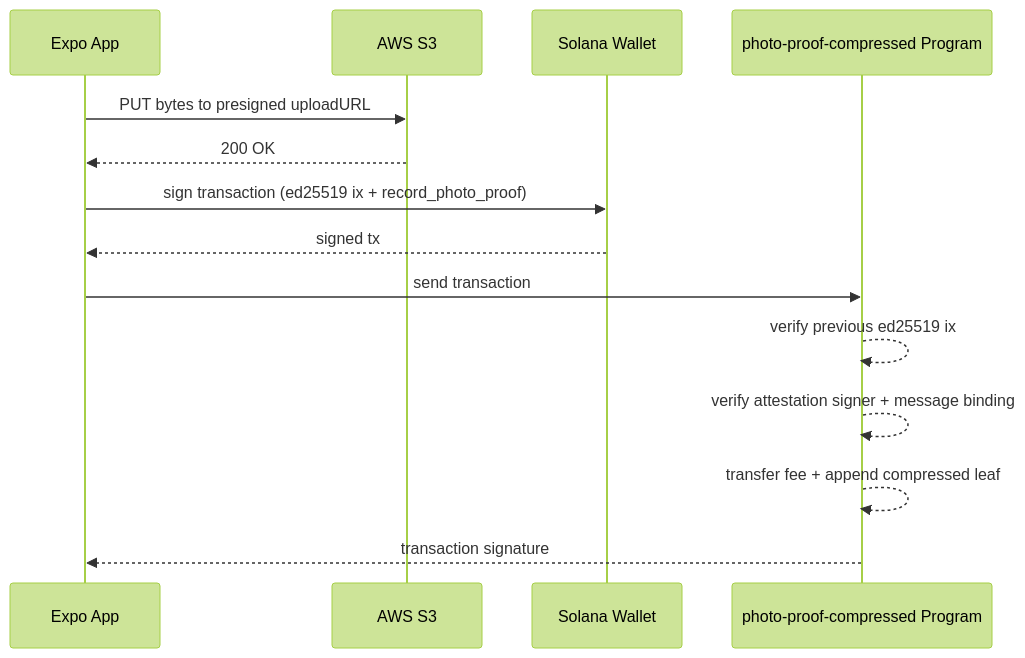
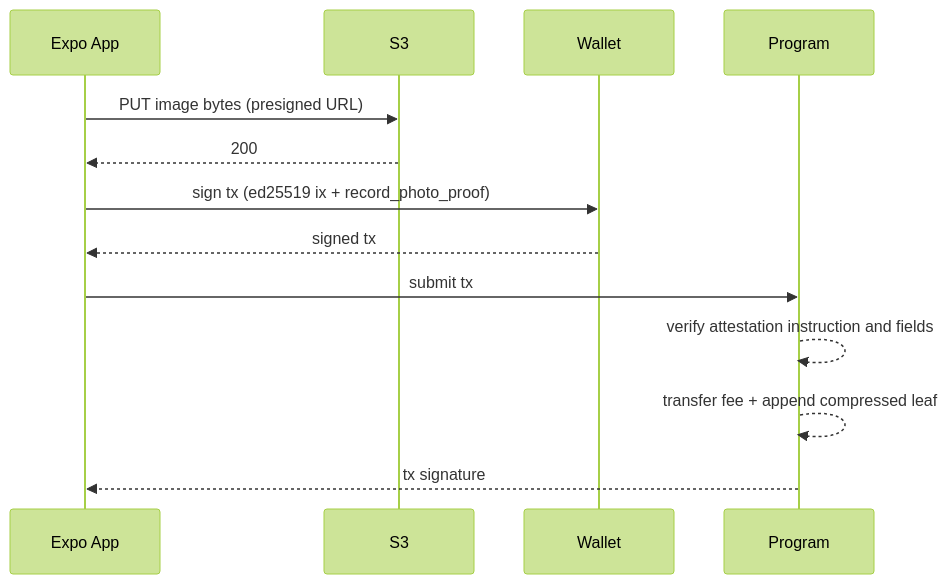
Before and after one commit to endcorp-hq/photo-verifier: the third of 3 diagrams in docs/ARCHITECTURE.md, drawn with Mermaid (forest theme). The commit also changed other lines of this file and 12 other files, not shown here.

````diff
--- a/docs/ARCHITECTURE.md
+++ b/docs/ARCHITECTURE.md
@@ -55,17 +117,16 @@
 ```mermaid
 sequenceDiagram
-    participant App as Expo App
-    participant S3 as AWS S3
-    participant Wallet as Solana Wallet
-    participant Chain as photo-proof-compressed Program
+  participant App as Expo App
+  participant S3 as S3
+  participant Wallet as Wallet
+  participant Chain as Program
 
-    App->>S3: PUT bytes to presigned uploadURL
-    S3-->>App: 200 OK
-    App->>Wallet: sign transaction (ed25519 ix + record_photo_proof)
-    Wallet-->>App: signed tx
-    App->>Chain: send transaction
-    Chain-->>Chain: verify previous ed25519 ix
-    Chain-->>Chain: verify attestation signer + message binding
-    Chain-->>Chain: transfer fee + append compressed leaf
-    Chain-->>App: transaction signature
+  App->>S3: PUT image bytes (presigned URL)
+  S3-->>App: 200
+  App->>Wallet: sign tx (ed25519 ix + record_photo_proof)
+  Wallet-->>App: signed tx
+  App->>Chain: submit tx
+  Chain-->>Chain: verify attestation instruction and fields
+  Chain-->>Chain: transfer fee + append compressed leaf
+  Chain-->>App: tx signature
 ```
````
